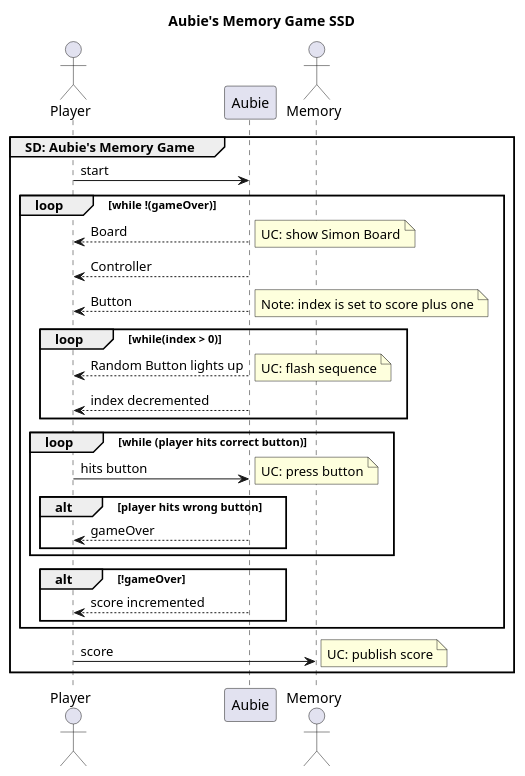
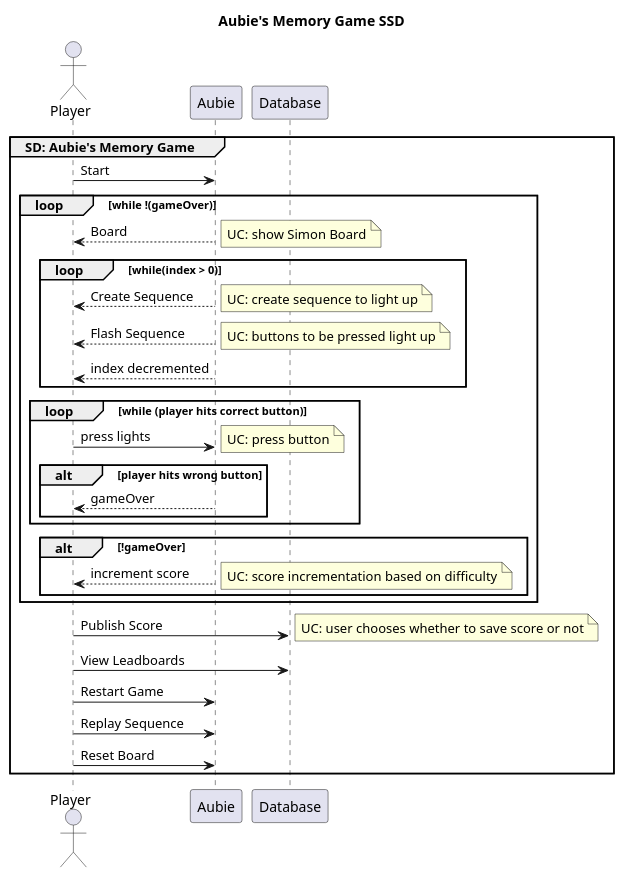
One commit to zedtran/AubieMemoryGame changed the diagram in app/UML/SSD.puml. Above: the diagram before and after it, drawn with PlantUML. The commit also changed 4 other files, not shown here.

```diff
--- a/app/UML/SSD.puml
+++ b/app/UML/SSD.puml
@@ -1,35 +1,52 @@
 @startuml
 title Aubie's Memory Game SSD
+
 actor Player
 participant Aubie
-actor Memory
+participant Database
 
 group SD: Aubie's Memory Game
 
-    Player -> Aubie: start
+    Player -> Aubie: Start
+
     loop while !(gameOver)
         Player <-- Aubie:Board
         note right: UC: show Simon Board
-        Player <-- Aubie:Controller
-        Player <-- Aubie:Button
-        note right: Note: index is set to score plus one
+
+
         loop while(index > 0)
-            Player <-- Aubie:Random Button lights up
-            note right: UC: flash sequence
+            Player <-- Aubie:Create Sequence
+            note right: UC: create sequence to light up
+            Player <-- Aubie:Flash Sequence
+            note right: UC: buttons to be pressed light up
             Player <-- Aubie:index decremented
         end
+
+
         loop while (player hits correct button)
-            Player -> Aubie:hits button
+            Player -> Aubie:press lights
             note right: UC: press button
+
             alt player hits wrong button
-                Aubie --> Player: gameOver
+                Player <-- Aubie: gameOver
             end
         end
+
         alt !gameOver
-            Player <-- Aubie: score incremented
+            Player <-- Aubie: increment score
+            note right: UC: score incrementation based on difficulty
         end
+
     end
-    Player -> Memory: score
-    NOTE RIGHT: UC: publish score
+
+    Player -> Database: Publish Score
+    note right: UC: user chooses whether to save score or not
+    Player -> Database: View Leadboards
+    Player -> Aubie: Restart Game
+    Player -> Aubie: Replay Sequence
+    Player -> Aubie: Reset Board
+
+
+
 end
 @enduml
```
